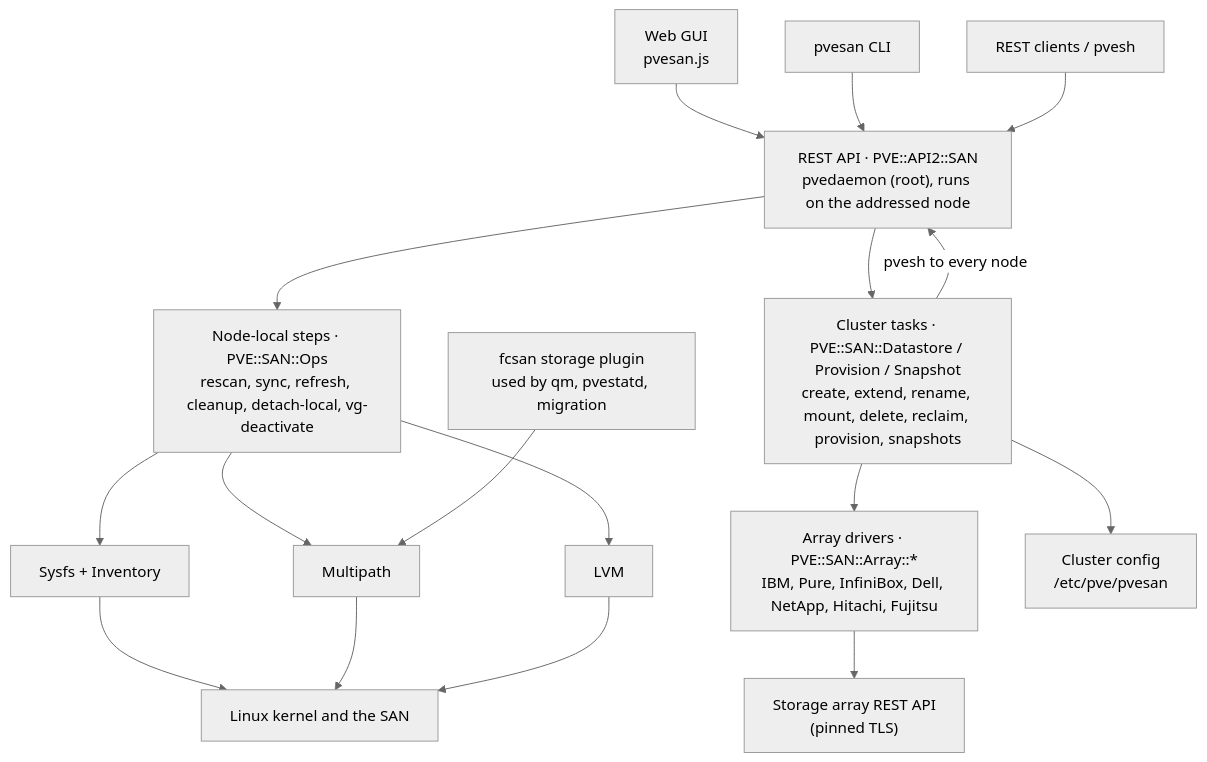
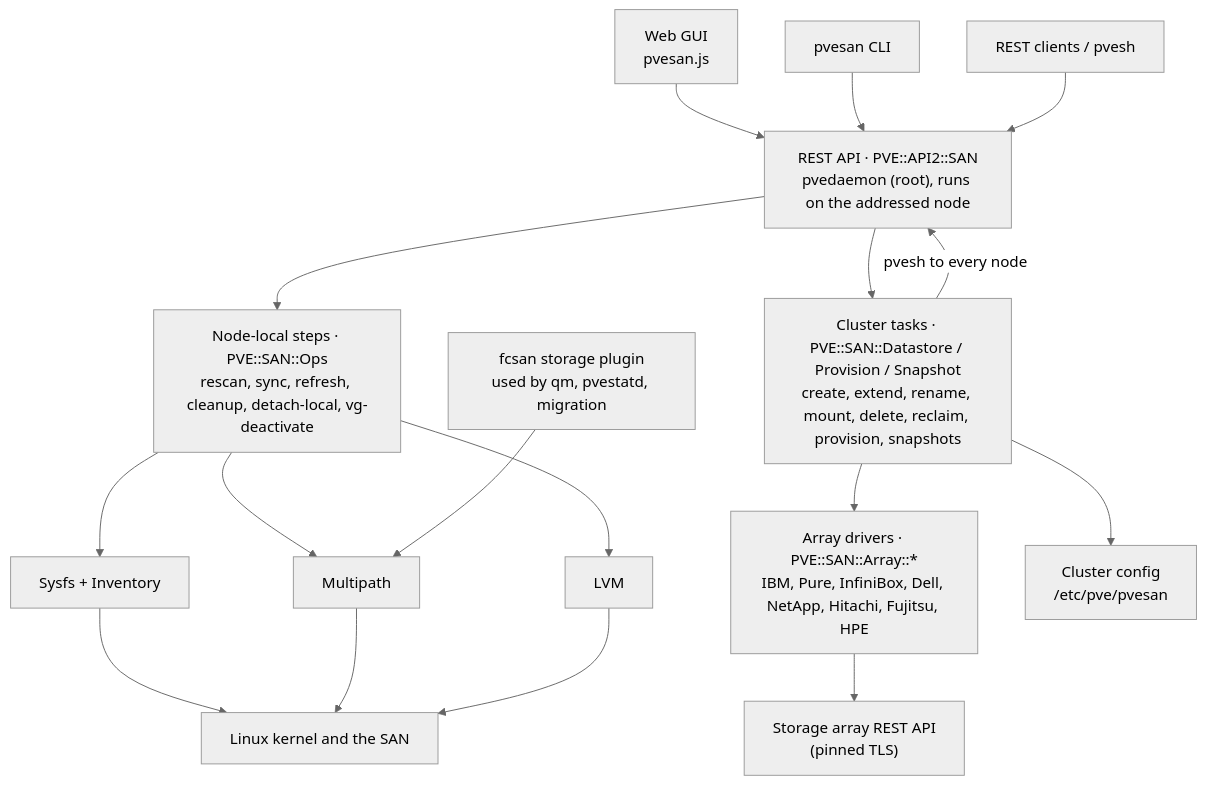
Before and after one commit to warddynamiccomputing/pve-fcsan: the diagram in docs/pvesan-How-It-Works.md, drawn with Mermaid (neutral theme). The commit also changed other lines of this file and 8 other files, not shown here.

First line of the commit message:
Add HPE Primera / Alletra 9000 / 3PAR array driver (hpe-3par) (#11)

````diff
--- a/docs/pvesan-How-It-Works.md
+++ b/docs/pvesan-How-It-Works.md
@@ -36,20 +36,20 @@
 ```mermaid
 flowchart TB
     GUI["Web GUI<br/>pvesan.js"] --> API
     CLI["pvesan CLI"] --> API
     REST["REST clients / pvesh"] --> API
     API["REST API · PVE::API2::SAN<br/>pvedaemon (root), runs on the addressed node"]
     API --> OPS["Node-local steps · PVE::SAN::Ops<br/>rescan, sync, refresh, cleanup, detach-local, vg-deactivate"]
     API --> DS["Cluster tasks · PVE::SAN::Datastore / Provision / Snapshot<br/>create, extend, rename, mount, delete, reclaim, provision, snapshots"]
     DS -- "pvesh to every node" --> API
-    DS --> ARR["Array drivers · PVE::SAN::Array::*<br/>IBM, Pure, InfiniBox, Dell, NetApp, Hitachi, Fujitsu"]
+    DS --> ARR["Array drivers · PVE::SAN::Array::*<br/>IBM, Pure, InfiniBox, Dell, NetApp, Hitachi, Fujitsu, HPE"]
     OPS --> SYS["Sysfs + Inventory"]
     OPS --> MP["Multipath"]
     OPS --> LVM["LVM"]
     DS --> CFG["Cluster config<br/>/etc/pve/pvesan"]
     PLUGIN["fcsan storage plugin<br/>used by qm, pvestatd, migration"] --> MP
     SYS --> K["Linux kernel and the SAN"]
     MP --> K
     LVM --> K
     ARR --> ARRAY["Storage array REST API<br/>(pinned TLS)"]
 ```
````
